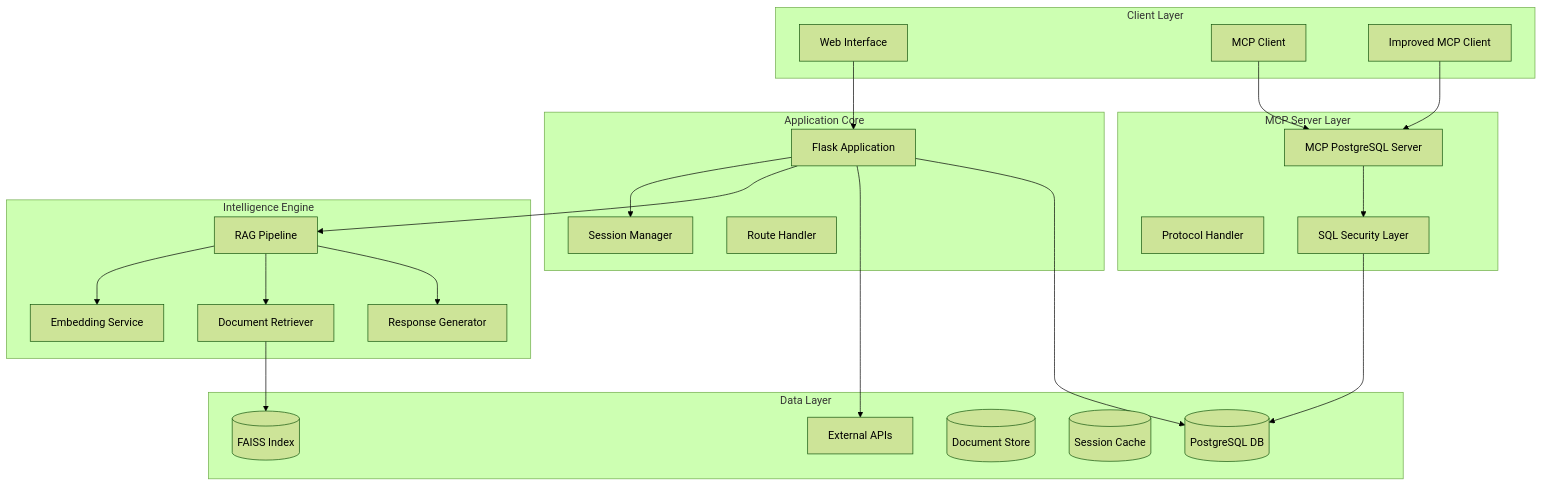
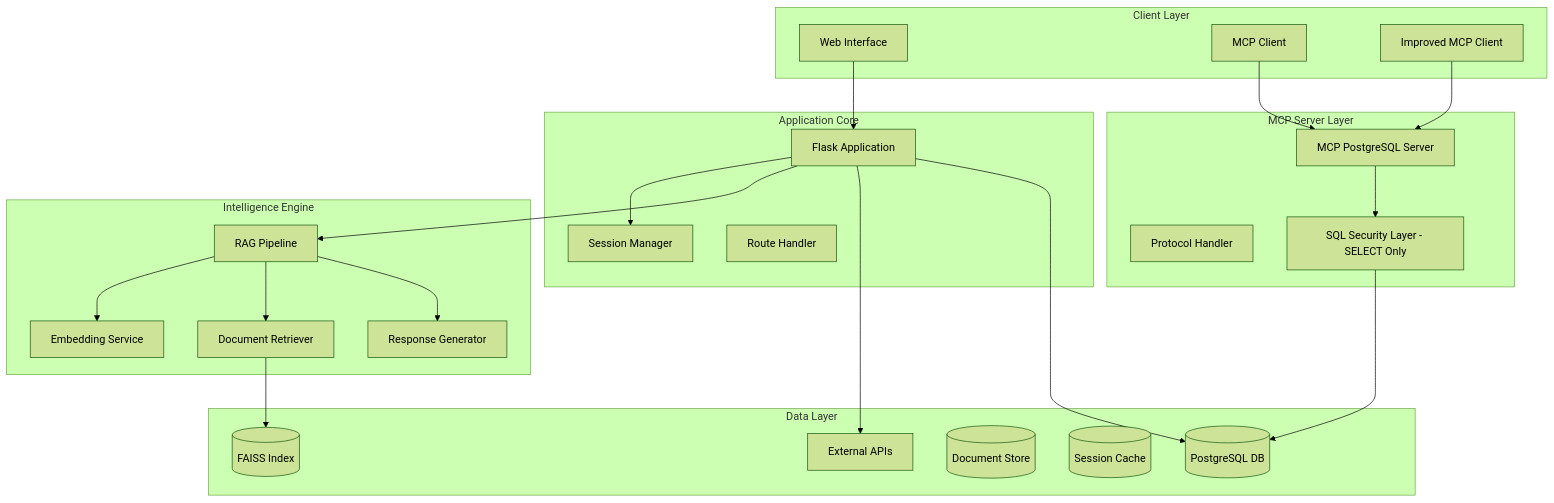
Before and after one commit to SNEAKO7/commission-dashboard-assistant-RAG-: the diagram in README.md, drawn with Mermaid (forest theme). The commit also changed other lines of this file, not shown here.

````diff
--- a/README.md
+++ b/README.md
@@ -50,49 +50,49 @@
 ```mermaid
 graph TB
     subgraph "Client Layer"
         Web[Web Interface]
         MCPClient[MCP Client]
         ImprovedClient[Improved MCP Client]
     end
     
     subgraph "MCP Server Layer"
         MCPServer[MCP PostgreSQL Server]
         Protocol[Protocol Handler]
-        Security[SQL Security Layer]
+        Security[SQL Security Layer - SELECT Only]
     end
     
     subgraph "Application Core"
         Flask[Flask Application]
         Session[Session Manager]
         Router[Route Handler]
     end
     
     subgraph "Intelligence Engine"
         RAG[RAG Pipeline]
         Embeddings[Embedding Service]
         Retriever[Document Retriever]
         Generator[Response Generator]
     end
     
     subgraph "Data Layer"
         PostgreSQL[(PostgreSQL DB)]
         FAISS[(FAISS Index)]
         Docs[(Document Store)]
         Cache[(Session Cache)]
         External[External APIs]
     end
     
     Web --> Flask
     MCPClient --> MCPServer
     ImprovedClient --> MCPServer
     MCPServer --> Security
     Security --> PostgreSQL
     Flask --> Session
     Flask --> RAG
     RAG --> Embeddings
     RAG --> Retriever
     Retriever --> FAISS
     RAG --> Generator
     Flask --> External
     Flask --> PostgreSQL
 ```
````
